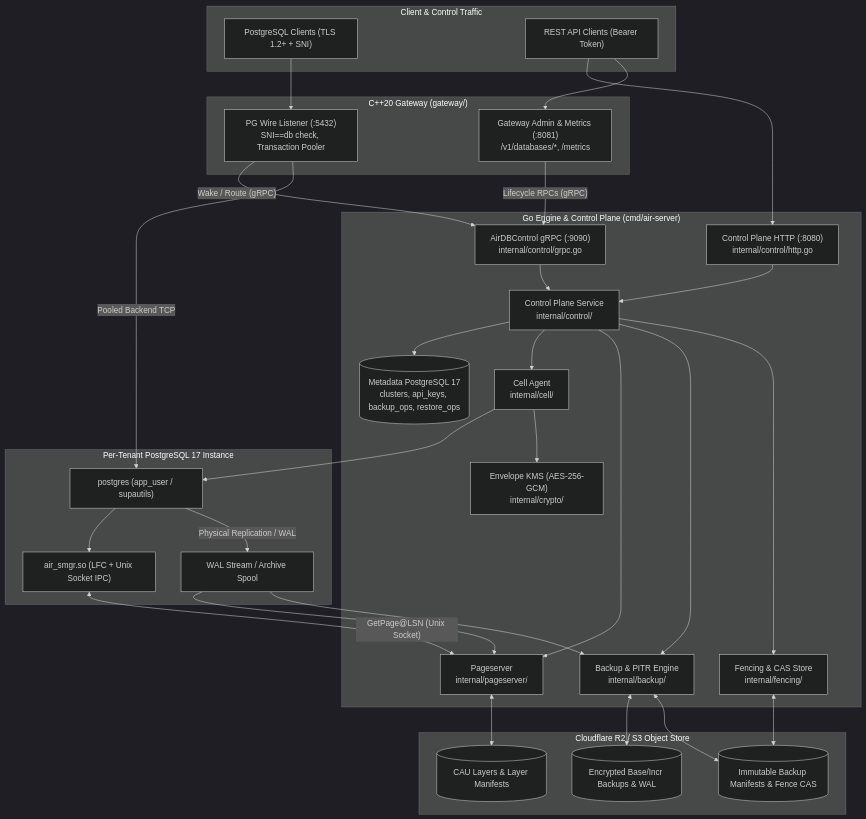
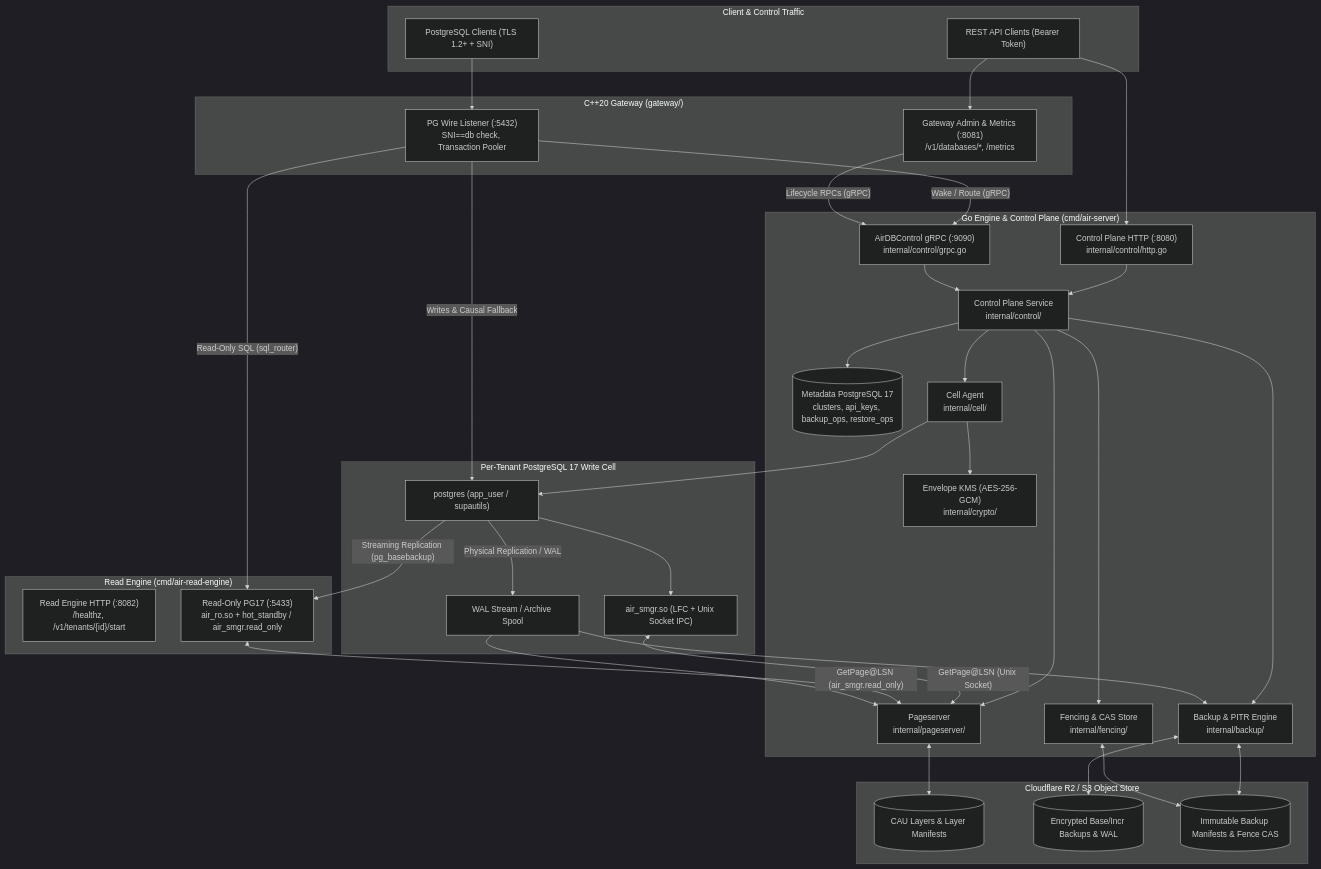
Before and after one commit to Mahadi-rsio/air: the diagram in docs/architecture/overview.md, drawn with Mermaid (dark theme). The commit also changed other lines of this file and 4 other files, not shown here.

Commit message:
docs: document standalone air-read-engine and gateway LSN routing

````diff
--- a/docs/architecture/overview.md
+++ b/docs/architecture/overview.md
@@ -25,64 +25,72 @@
 ```mermaid
 flowchart TB
     subgraph ClientLayer["Client & Control Traffic"]
         PSQL["PostgreSQL Clients (TLS 1.2+ + SNI)"]
         HTTPClient["REST API Clients (Bearer Token)"]
     end
 
     subgraph GatewayProcess["C++20 Gateway (gateway/)"]
         GWWire["PG Wire Listener (:5432)<br/>SNI==db check, Transaction Pooler"]
         GWAdmin["Gateway Admin & Metrics (:8081)<br/>/v1/databases/*, /metrics"]
     end
 
     subgraph ServerProcess["Go Engine & Control Plane (cmd/air-server)"]
         HTTPAPI["Control Plane HTTP (:8080)<br/>internal/control/http.go"]
         GRPCAPI["AirDBControl gRPC (:9090)<br/>internal/control/grpc.go"]
         Ctrl["Control Plane Service<br/>internal/control/"]
         MetaPG[("Metadata PostgreSQL 17<br/>clusters, api_keys, backup_ops, restore_ops")]
         Cell["Cell Agent<br/>internal/cell/"]
         PS["Pageserver<br/>internal/pageserver/"]
         Bkp["Backup & PITR Engine<br/>internal/backup/"]
         Fence["Fencing & CAS Store<br/>internal/fencing/"]
         KMS["Envelope KMS (AES-256-GCM)<br/>internal/crypto/"]
     end
 
-    subgraph TenantCompute["Per-Tenant PostgreSQL 17 Instance"]
+    subgraph ReadEngineProcess["Read Engine (cmd/air-read-engine)"]
+        REHTTP["Read Engine HTTP (:8082)<br/>/healthz, /v1/tenants/{id}/start"]
+        PGRO["Read-Only PG17 (:5433)<br/>air_ro.so + hot_standby / air_smgr.read_only"]
+    end
+
+    subgraph TenantCompute["Per-Tenant PostgreSQL 17 Write Cell"]
         PG17["postgres (app_user / supautils)"]
         SMGR["air_smgr.so (LFC + Unix Socket IPC)"]
         WALRecv["WAL Stream / Archive Spool"]
     end
 
     subgraph ObjectStorage["Cloudflare R2 / S3 Object Store"]
         R2CAU[("CAU Layers & Layer Manifests")]
         R2Bkp[("Encrypted Base/Incr Backups & WAL")]
         R2Manifest[("Immutable Backup Manifests & Fence CAS")]
     end
 
     PSQL --> GWWire
     HTTPClient --> HTTPAPI
     HTTPClient --> GWAdmin
     GWWire -->|"Wake / Route (gRPC)"| GRPCAPI
     GWAdmin -->|"Lifecycle RPCs (gRPC)"| GRPCAPI
-    GWWire -->|"Pooled Backend TCP"| PG17
+    GWWire -->|"Writes & Causal Fallback"| PG17
+    GWWire -->|"Read-Only SQL (sql_router)"| PGRO
 
     HTTPAPI --> Ctrl
     GRPCAPI --> Ctrl
     Ctrl --> MetaPG
     Ctrl --> Cell
     Ctrl --> PS
     Ctrl --> Bkp
     Ctrl --> Fence
 
     Cell --> PG17
     Cell --> KMS
     PG17 --> SMGR
+    PG17 -->|"Streaming Replication (pg_basebackup)"| PGRO
     SMGR <-->|"GetPage@LSN (Unix Socket)"| PS
+    PGRO <-->|"GetPage@LSN (air_smgr.read_only)"| PS
     PG17 -->|"Physical Replication / WAL"| WALRecv
     WALRecv --> PS
     WALRecv --> Bkp
 
     PS <--> R2CAU
     Bkp <--> R2Bkp
     Bkp <--> R2Manifest
     Fence <--> R2Manifest
 ```
````
